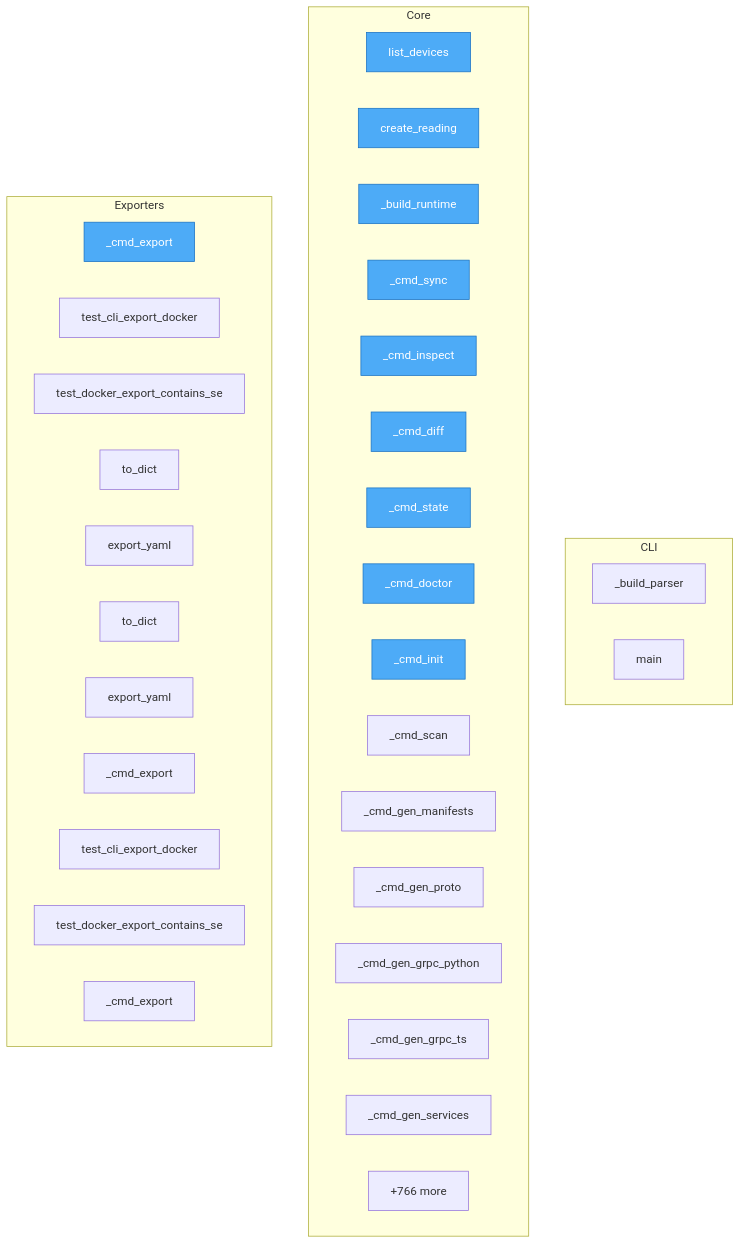
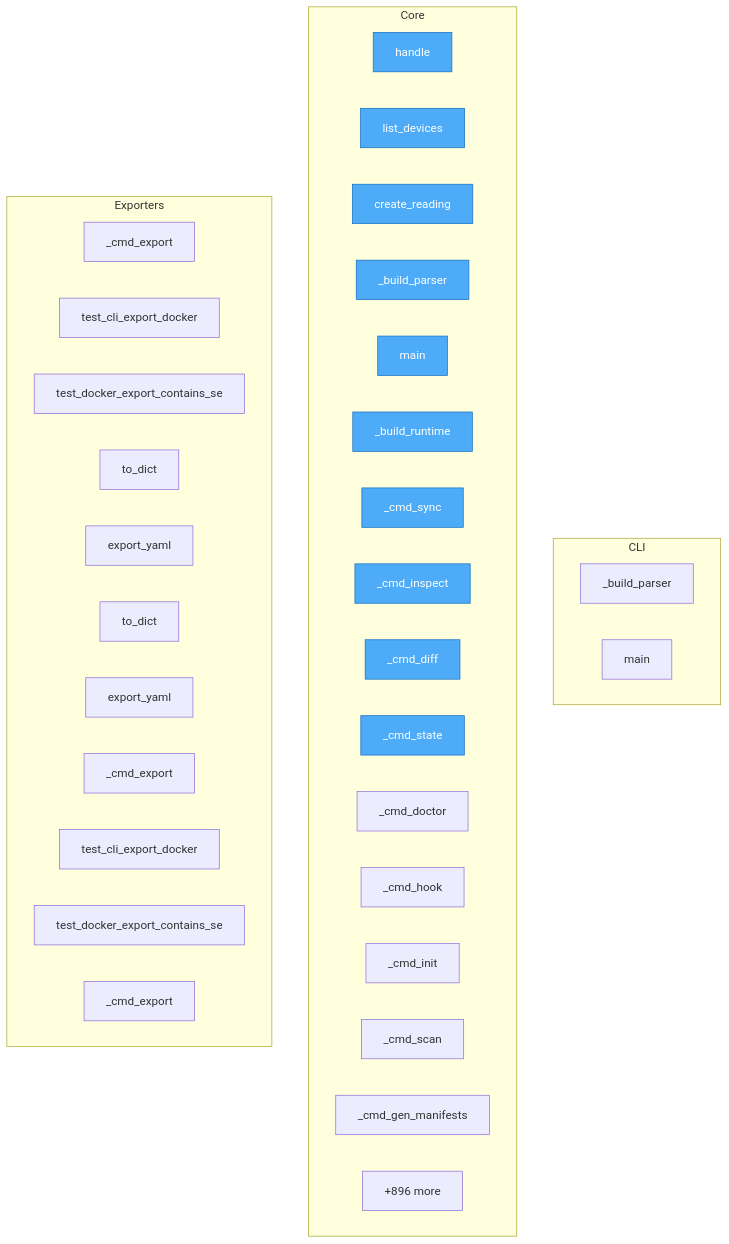
One commit to semcod/swop changed the diagram in project/flow.mmd. Above: the diagram before and after it, drawn with Mermaid. The commit also changed 43 other files, not shown here.

```diff
--- a/project/flow.mmd
+++ b/project/flow.mmd
@@ -1,44 +1,44 @@
 flowchart TD
 
     %% Entry points (blue)
     classDef entry fill:#4dabf7,stroke:#1971c2,color:#fff
 
     subgraph CLI
         swop__cli___build_parser["_build_parser"]
         swop__cli__main["main"]
     end
 
     subgraph Core
+        README__handle["handle"]
         project__map__toon__list_devices["list_devices"]
         project__map__toon__create_reading["create_reading"]
+        project__map__toon___build_parser["_build_parser"]
+        project__map__toon__main["main"]
         project__map__toon___build_runtime["_build_runtime"]
         project__map__toon___cmd_sync["_cmd_sync"]
         project__map__toon___cmd_inspect["_cmd_inspect"]
         project__map__toon___cmd_diff["_cmd_diff"]
         project__map__toon___cmd_state["_cmd_state"]
         project__map__toon___cmd_doctor["_cmd_doctor"]
+        project__map__toon___cmd_hook["_cmd_hook"]
         project__map__toon___cmd_init["_cmd_init"]
         project__map__toon___cmd_scan["_cmd_scan"]
         project__map__toon___cmd_gen_manifests["_cmd_gen_manifests"]
-        project__map__toon___cmd_gen_proto["_cmd_gen_proto"]
-        project__map__toon___cmd_gen_grpc_python["_cmd_gen_grpc_python"]
-        project__map__toon___cmd_gen_grpc_ts["_cmd_gen_grpc_ts"]
-        project__map__toon___cmd_gen_services["_cmd_gen_services"]
-        ...["+766 more"]
+        ...["+896 more"]
     end
 
     subgraph Exporters
         project__map__toon___cmd_export["_cmd_export"]
         project__map__toon__test_cli_export_docker["test_cli_export_docker"]
         project__map__toon__test_docker_export_contains_services["test_docker_export_contains_se"]
         swop__export__docker__DockerExporter__to_dict["to_dict"]
         swop__export__docker__DockerExporter__export_yaml["export_yaml"]
         swop__export__yaml__StateExporter__to_dict["to_dict"]
         swop__export__yaml__StateExporter__export_yaml["export_yaml"]
         SUMD___cmd_export["_cmd_export"]
         SUMD__test_cli_export_docker["test_cli_export_docker"]
         SUMD__test_docker_export_contains_services["test_docker_export_contains_se"]
         swop__commands___cmd_export["_cmd_export"]
     end
 
-    class project__map__toon__list_devices,project__map__toon__create_reading,project__map__toon___build_runtime,project__map__toon___cmd_sync,project__map__toon___cmd_inspect,project__map__toon___cmd_diff,project__map__toon___cmd_state,project__map__toon___cmd_export,project__map__toon___cmd_doctor,project__map__toon___cmd_init entry
+    class README__handle,project__map__toon__list_devices,project__map__toon__create_reading,project__map__toon___build_parser,project__map__toon__main,project__map__toon___build_runtime,project__map__toon___cmd_sync,project__map__toon___cmd_inspect,project__map__toon___cmd_diff,project__map__toon___cmd_state entry
```
